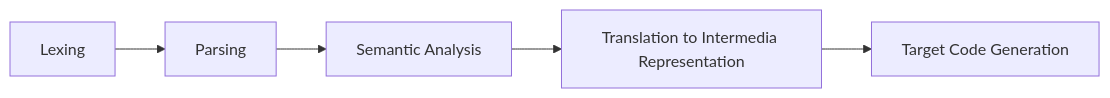
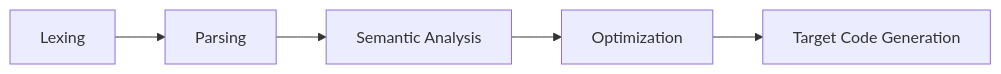
One commit to 50054-cdpa/notes changed the first of 11 diagrams in syntax_analysis.md. Above: the diagram before and after it, drawn with Mermaid. The commit also changed other lines of this file and 10 other files, not shown here.

````diff
--- a/syntax_analysis.md
+++ b/syntax_analysis.md
@@ -19,4 +16,4 @@
 ```mermaid
 graph LR
-A[Lexing] -->B[Parsing] -->C[Semantic Analysis] -->D[Translation to Intermedia Representation] -->E[Target Code Generation]
+A[Lexing] -->B[Parsing] --> C[Semantic Analysis] --> D[Optimization] --> E[Target Code Generation]
 ```
````
